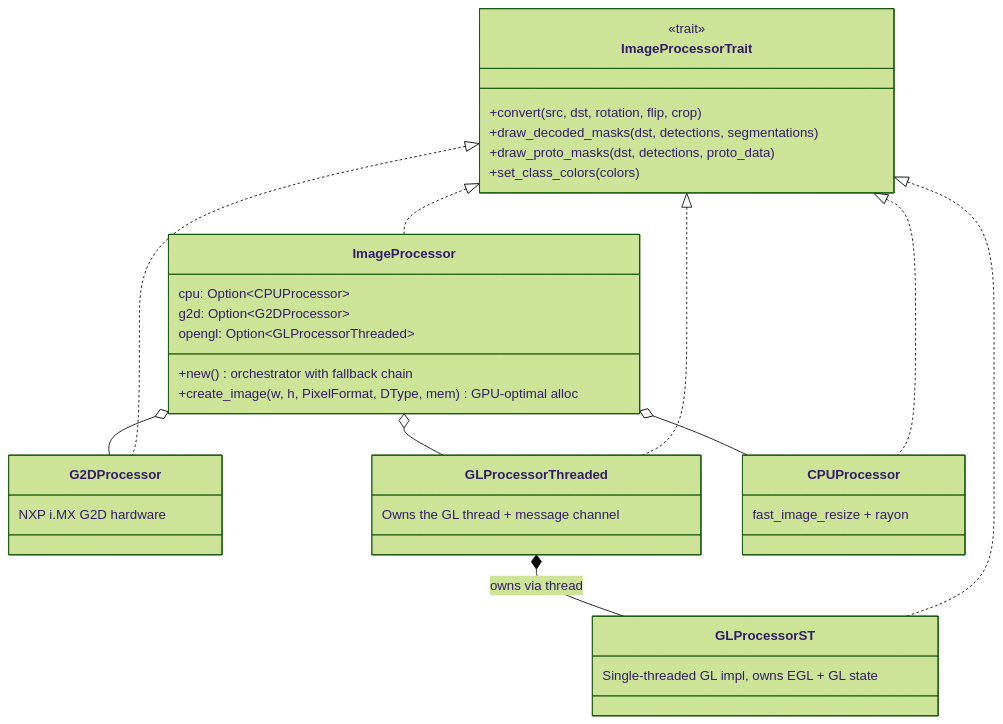
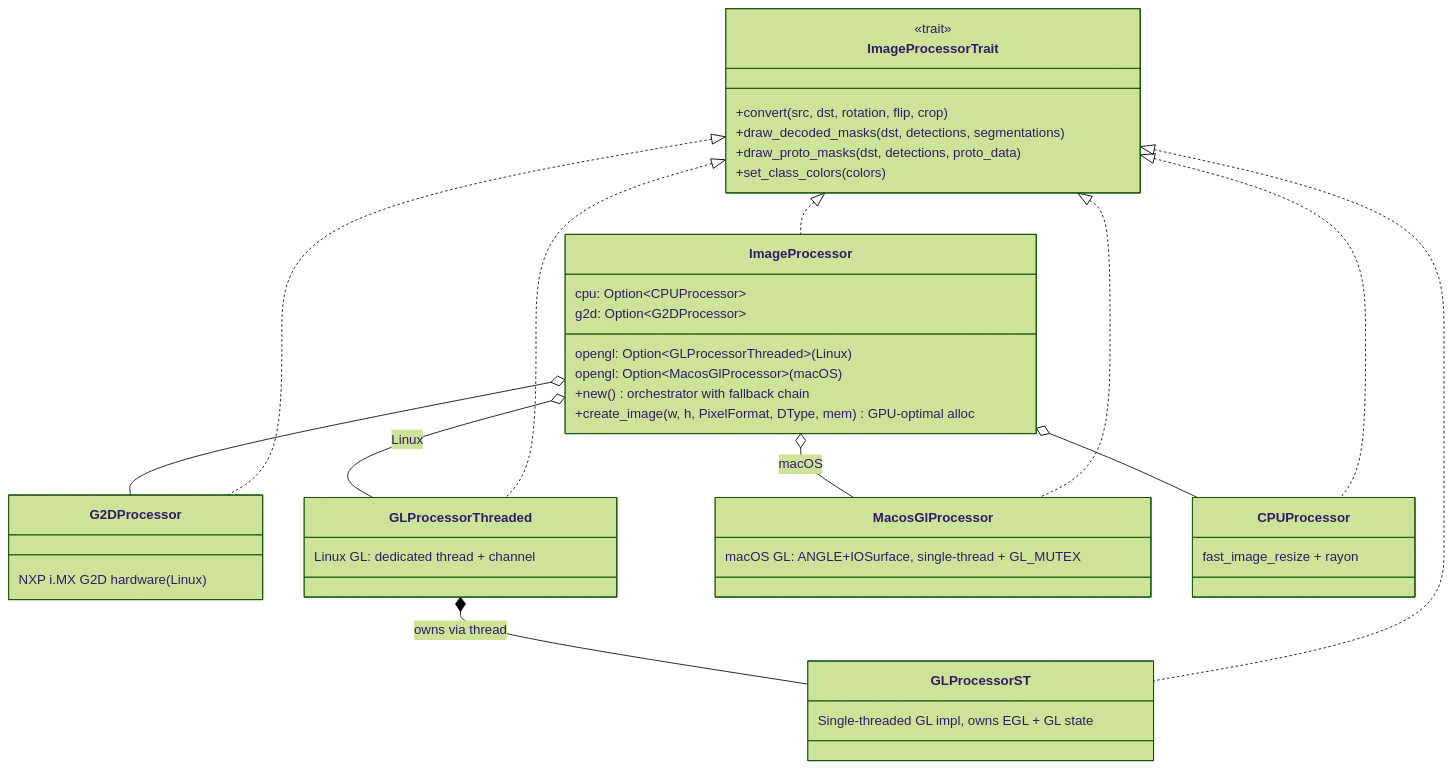
One commit to EdgeFirstAI/hal changed the first of 3 diagrams in crates/image/ARCHITECTURE.md. Above: the diagram before and after it, drawn with Mermaid (forest theme). The commit also changed other lines of this file and 20 other files, not shown here.

````diff
--- a/crates/image/ARCHITECTURE.md
+++ b/crates/image/ARCHITECTURE.md
@@ -46,33 +46,37 @@
 ```mermaid
 classDiagram
     class ImageProcessorTrait {
         <<trait>>
         +convert(src, dst, rotation, flip, crop)
         +draw_decoded_masks(dst, detections, segmentations)
         +draw_proto_masks(dst, detections, proto_data)
         +set_class_colors(colors)
     }
 
     class ImageProcessor {
         cpu: Option~CPUProcessor~
         g2d: Option~G2DProcessor~
-        opengl: Option~GLProcessorThreaded~
+        opengl: Option~GLProcessorThreaded~ (Linux)
+        opengl: Option~MacosGlProcessor~ (macOS)
         +new() orchestrator with fallback chain
         +create_image(w, h, PixelFormat, DType, mem) GPU-optimal alloc
     }
 
-    class G2DProcessor { NXP i.MX G2D hardware }
-    class GLProcessorThreaded { Owns the GL thread + message channel }
+    class G2DProcessor { NXP i.MX G2D hardware (Linux) }
+    class GLProcessorThreaded { Linux GL: dedicated thread + channel }
     class GLProcessorST { Single-threaded GL impl, owns EGL + GL state }
+    class MacosGlProcessor { macOS GL: ANGLE+IOSurface, single-thread + GL_MUTEX }
     class CPUProcessor { fast_image_resize + rayon }
 
     ImageProcessorTrait <|.. ImageProcessor
     ImageProcessorTrait <|.. G2DProcessor
     ImageProcessorTrait <|.. GLProcessorThreaded
     ImageProcessorTrait <|.. GLProcessorST
+    ImageProcessorTrait <|.. MacosGlProcessor
     ImageProcessorTrait <|.. CPUProcessor
     ImageProcessor o-- G2DProcessor
-    ImageProcessor o-- GLProcessorThreaded
+    ImageProcessor o-- GLProcessorThreaded : Linux
+    ImageProcessor o-- MacosGlProcessor : macOS
     ImageProcessor o-- CPUProcessor
     GLProcessorThreaded *-- GLProcessorST : owns via thread
 ```
````
